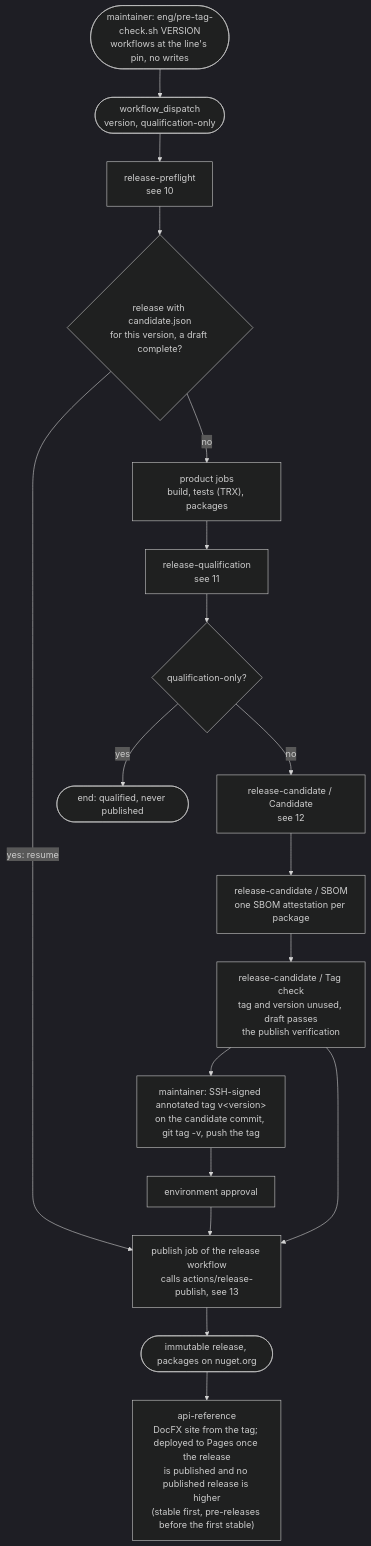
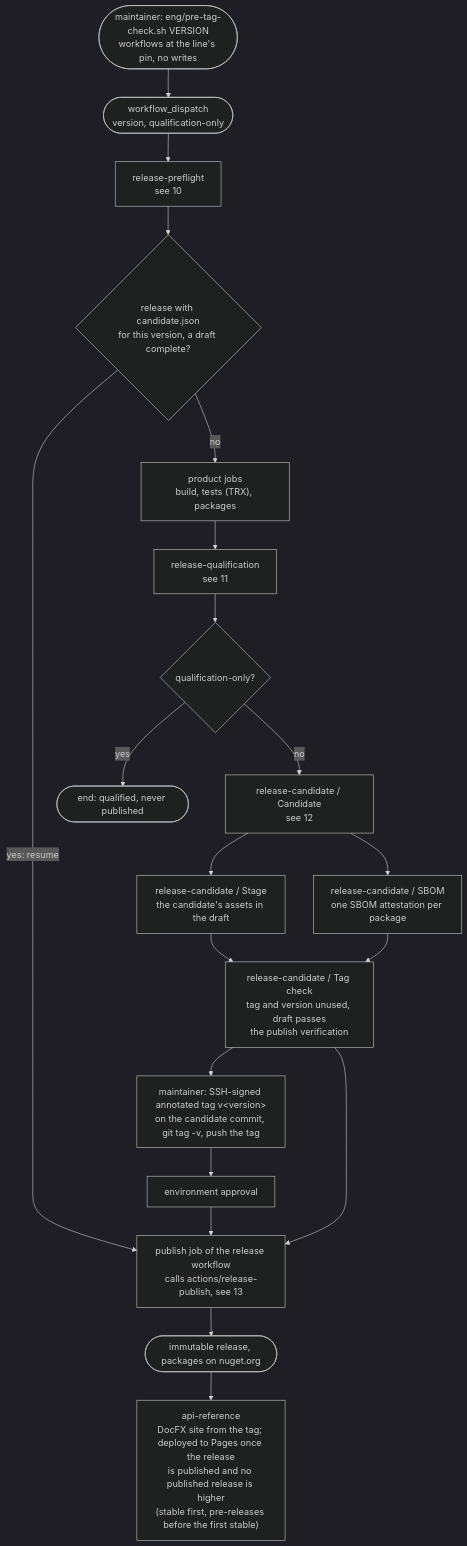
One commit to doka-labs/workflows changed the ninth of 19 diagrams in docs/overview.md. Above: the diagram before and after it, drawn with Mermaid (dark theme). The commit also changed other lines of this file and 14 other files, not shown here.

First line of the commit message:
fix(release): keep release reruns from failing or changing a draft (#17)

````diff
--- a/docs/overview.md
+++ b/docs/overview.md
@@ -288,22 +288,24 @@
 ```mermaid
 flowchart TB
   accTitle: Release run
   accDescr: One run per version from the local pre-tag check through preflight, tests, qualification, candidate, tag and publication.
   local(["maintainer: eng/pre-tag-check.sh VERSION<br/>workflows at the line's pin, no writes"]) --> start
   start(["workflow_dispatch<br/>version, qualification-only"]) --> pre["release-preflight<br/>see 10"]
   pre --> resume{"release with candidate.json<br/>for this version, a draft complete?"}
   resume -- "yes: resume" --> publish
   resume -- no --> build["product jobs<br/>build, tests (TRX), packages"]
   build --> qual["release-qualification<br/>see 11"]
   qual --> only{"qualification-only?"}
   only -- yes --> done1(["end: qualified, never published"])
   only -- no --> cand["release-candidate / Candidate<br/>see 12"]
+  cand --> stg["release-candidate / Stage<br/>the candidate's assets in the draft"]
   cand --> sbom["release-candidate / SBOM<br/>one SBOM attestation per package"]
+  stg --> check
   sbom --> check["release-candidate / Tag check<br/>tag and version unused, draft passes<br/>the publish verification"]
   check --> tag["maintainer: SSH-signed annotated tag v&lt;version&gt;<br/>on the candidate commit, git tag -v, push the tag"]
   tag --> approve["environment approval"]
   check --> publish
   approve --> publish["publish job of the release workflow<br/>calls actions/release-publish, see 13"]
   publish --> done2(["immutable release, packages on nuget.org"])
   done2 --> site["api-reference<br/>DocFX site from the tag; deployed to Pages once the release<br/>is published and no published release is higher<br/>(stable first, pre-releases before the first stable)"]
 ```
````
